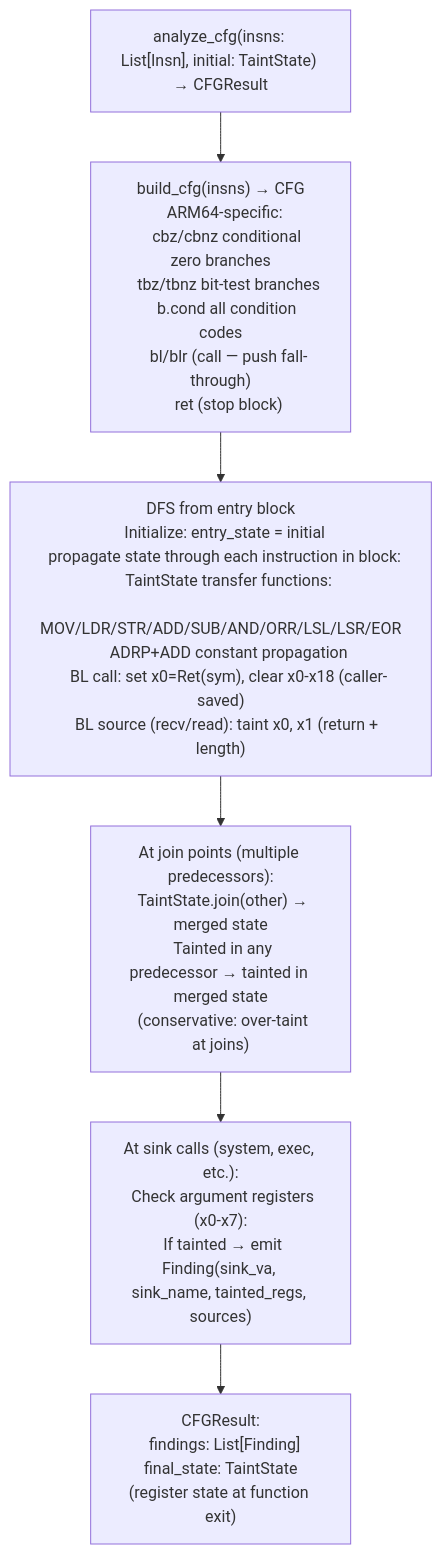
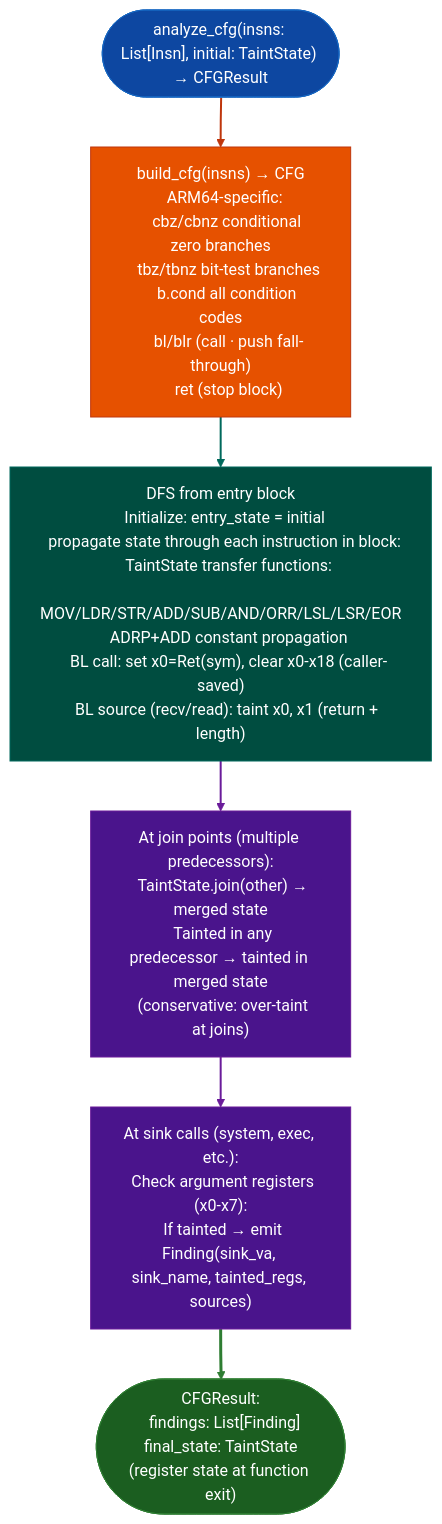
The diagram in docs/reference-modules/arm64-symbolic-slicing.md (Ablation-Tool/ablation), drawn with Mermaid before and after one commit. The commit also changed 320 other files, not shown here.

First line of the commit message:
docs: apply canonical Mermaid template to all 321 diagrams

````diff
--- a/docs/reference-modules/arm64-symbolic-slicing.md
+++ b/docs/reference-modules/arm64-symbolic-slicing.md
@@ -19,8 +19,19 @@
 ```mermaid
 flowchart TD
-    A["analyze_cfg(insns: List[Insn], initial: TaintState) → CFGResult"] --> B["build_cfg(insns) → CFG\n  ARM64-specific:\n    cbz/cbnz conditional zero branches\n    tbz/tbnz bit-test branches\n    b.cond all condition codes\n    bl/blr (call — push fall-through)\n    ret (stop block)"]
-    B --> C["DFS from entry block\n  Initialize: entry_state = initial\n  propagate state through each instruction in block:\n    TaintState transfer functions:\n    MOV/LDR/STR/ADD/SUB/AND/ORR/LSL/LSR/EOR\n    ADRP+ADD constant propagation\n    BL call: set x0=Ret(sym), clear x0-x18 (caller-saved)\n    BL source (recv/read): taint x0, x1 (return + length)"]
-    C --> D["At join points (multiple predecessors):\n  TaintState.join(other) → merged state\n  Tainted in any predecessor → tainted in merged state\n  (conservative: over-taint at joins)"]
-    D --> E["At sink calls (system, exec, etc.):\n  Check argument registers (x0-x7):\n  If tainted → emit Finding(sink_va, sink_name, tainted_regs, sources)"]
-    E --> F["CFGResult:\n  findings: List[Finding]\n  final_state: TaintState  (register state at function exit)"]
+    A(["analyze_cfg(insns: List[Insn], initial: TaintState) → CFGResult"]):::input --> B["build_cfg(insns) → CFG\n  ARM64-specific:\n    cbz/cbnz conditional zero branches\n    tbz/tbnz bit-test branches\n    b.cond all condition codes\n    bl/blr (call · push fall-through)\n    ret (stop block)"]:::primary
+    B:::primary --> C["DFS from entry block\n  Initialize: entry_state = initial\n  propagate state through each instruction in block:\n    TaintState transfer functions:\n    MOV/LDR/STR/ADD/SUB/AND/ORR/LSL/LSR/EOR\n    ADRP+ADD constant propagation\n    BL call: set x0=Ret(sym), clear x0-x18 (caller-saved)\n    BL source (recv/read): taint x0, x1 (return + length)"]:::secondary
+    C:::secondary --> D["At join points (multiple predecessors):\n  TaintState.join(other) → merged state\n  Tainted in any predecessor → tainted in merged state\n  (conservative: over-taint at joins)"]:::tertiary
+    D:::tertiary --> E["At sink calls (system, exec, etc.):\n  Check argument registers (x0-x7):\n  If tainted → emit Finding(sink_va, sink_name, tainted_regs, sources)"]:::tertiary
+    E:::tertiary --> F(["CFGResult:\n  findings: List[Finding]\n  final_state: TaintState  (register state at function exit)"]):::output
+    classDef input     fill:#0d47a1,stroke:#1565c0,color:#fff
+    classDef primary   fill:#e65100,stroke:#bf360c,color:#fff
+    classDef secondary fill:#004d40,stroke:#00695c,color:#fff
+    classDef tertiary  fill:#4a148c,stroke:#6a1b9a,color:#fff
+    classDef neutral   fill:#37474f,stroke:#546e7a,color:#fff
+    classDef output    fill:#1b5e20,stroke:#2e7d32,color:#fff
+    linkStyle 0 stroke:#bf360c,stroke-width:2px
+    linkStyle 1 stroke:#00695c,stroke-width:2px
+    linkStyle 2 stroke:#6a1b9a,stroke-width:2px
+    linkStyle 3 stroke:#6a1b9a,stroke-width:2px
+    linkStyle 4 stroke:#2e7d32,stroke-width:3px
 ```
````
